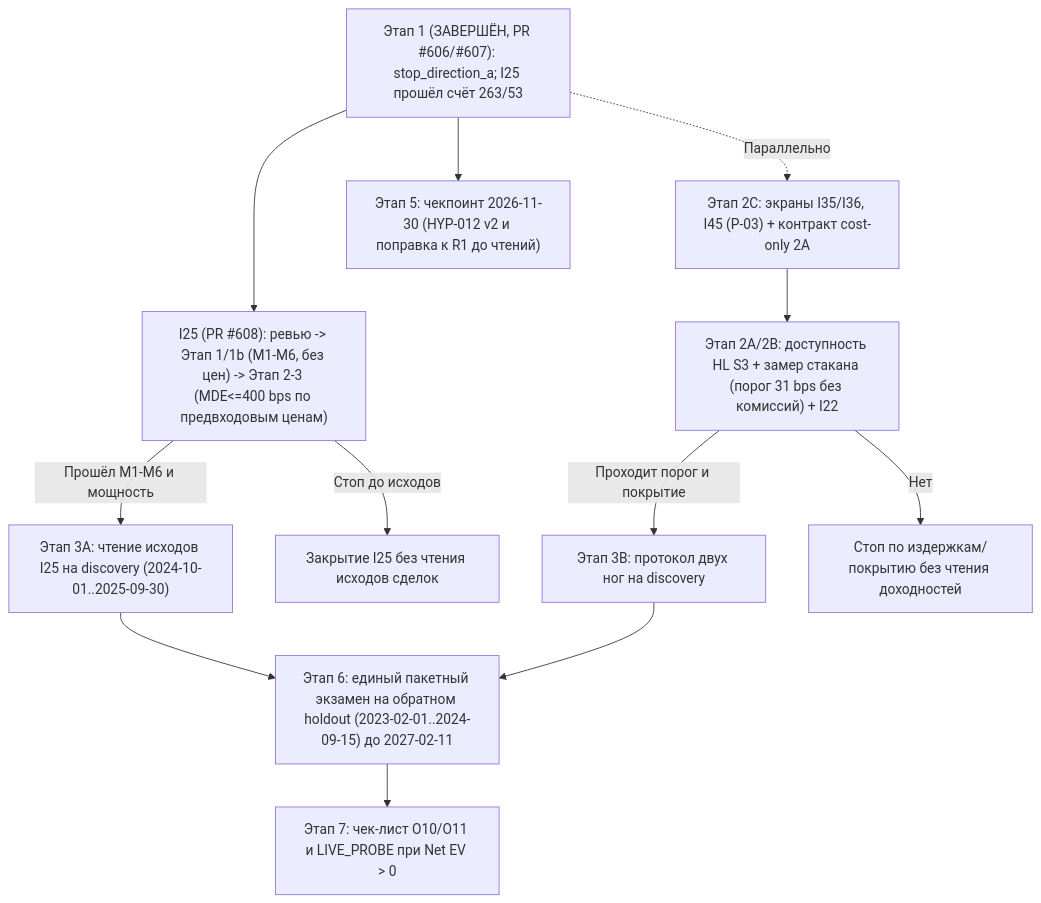
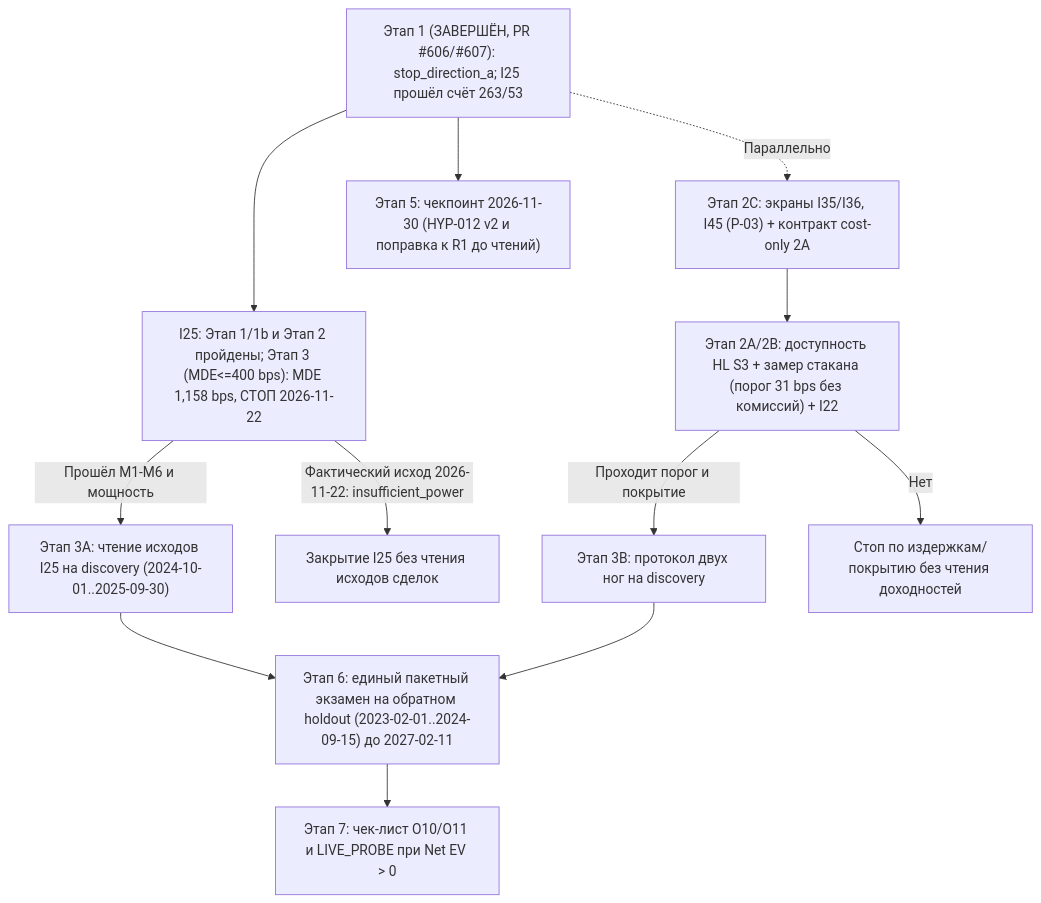
Before and after one commit to mavlevich/schurfer: the diagram in docs/consilium/plan.md, drawn with Mermaid. The commit also changed other lines of this file and 3 other files, not shown here.

````diff
--- a/docs/consilium/plan.md
+++ b/docs/consilium/plan.md
@@ -84,14 +90,14 @@
 ```mermaid
 flowchart TD
-    S1["Этап 1 (ЗАВЕРШЁН, PR #606/#607): stop_direction_a; I25 прошёл счёт 263/53"] --> S2I25["I25 (PR #608): ревью -> Этап 1/1b (M1-M6, без цен) -> Этап 2-3 (MDE<=400 bps по предвходовым ценам)"]
+    S1["Этап 1 (ЗАВЕРШЁН, PR #606/#607): stop_direction_a; I25 прошёл счёт 263/53"] --> S2I25["I25: Этап 1/1b и Этап 2 пройдены; Этап 3 (MDE<=400 bps): MDE 1,158 bps, СТОП 2026-11-22"]
     S2I25 -- "Прошёл M1-M6 и мощность" --> S3A["Этап 3A: чтение исходов I25 на discovery (2024-10-01..2025-09-30)"]
-    S2I25 -- "Стоп до исходов" --> STOP1["Закрытие I25 без чтения исходов сделок"]
+    S2I25 -- "Фактический исход 2026-11-22: insufficient_power" --> STOP1["Закрытие I25 без чтения исходов сделок"]
     S1 -. "Параллельно" .-> S2C["Этап 2C: экраны I35/I36, I45 (P-03) + контракт cost-only 2A"]
     S2C --> S2["Этап 2A/2B: доступность HL S3 + замер стакана (порог 31 bps без комиссий) + I22"]
     S2 -- "Проходит порог и покрытие" --> S3B["Этап 3B: протокол двух ног на discovery"]
     S2 -- "Нет" --> STOP2["Стоп по издержкам/покрытию без чтения доходностей"]
     S1 --> S5["Этап 5: чекпоинт 2026-11-30 (HYP-012 v2 и поправка к R1 до чтений)"]
     S3A --> S6["Этап 6: единый пакетный экзамен на обратном holdout (2023-02-01..2024-09-15) до 2027-02-11"]
     S3B --> S6
     S6 --> S7["Этап 7: чек-лист O10/O11 и LIVE_PROBE при Net EV > 0"]
 ```
````
